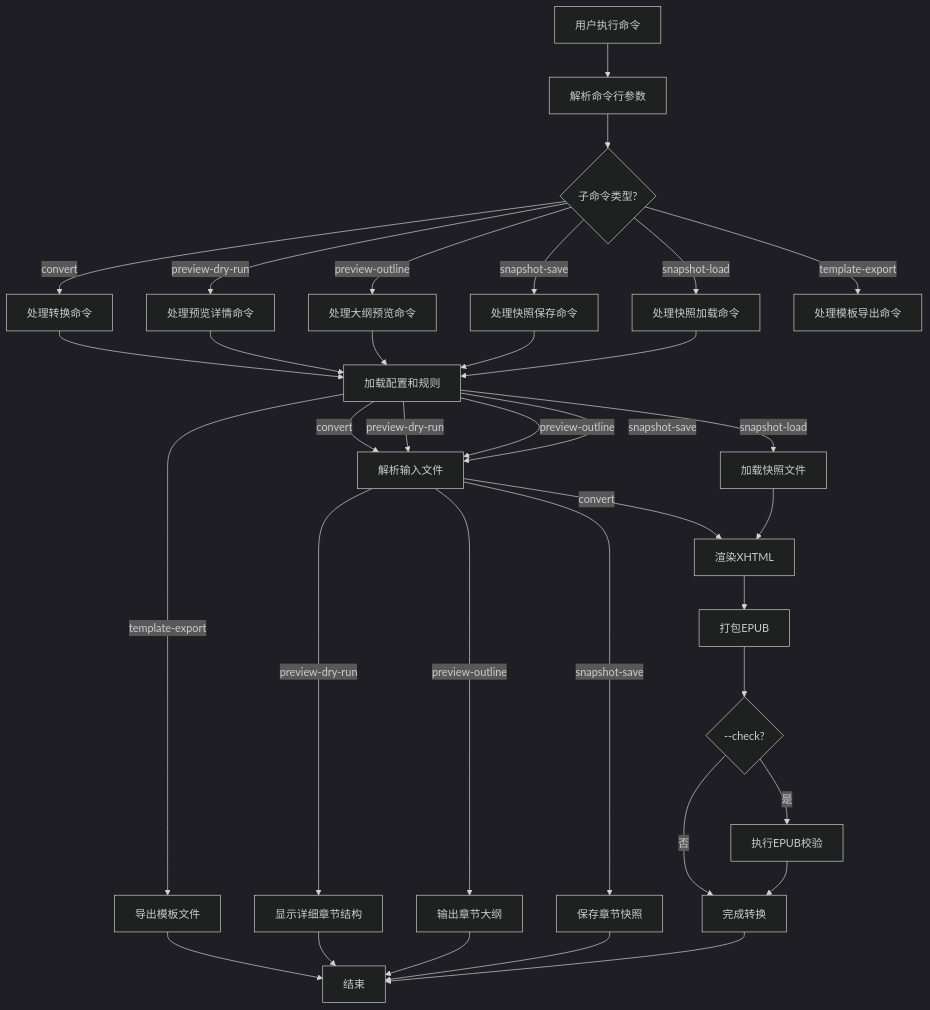
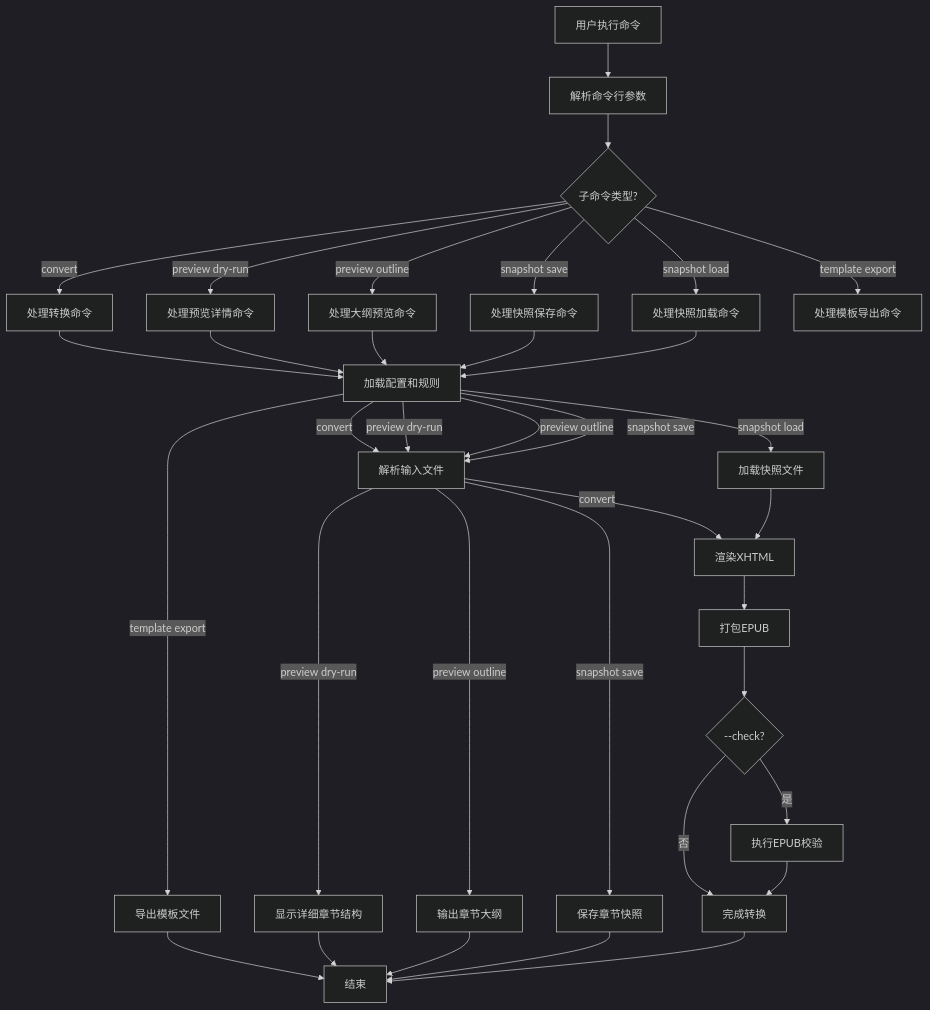
The second of 6 diagrams in docs/data-flow.md (shukang11/epub-smith), drawn with Mermaid (dark theme) before and after one commit. The commit also changed other lines of this file, not shown here.

Commit message:
docs: 修正 data-flow 的 mermaid 图
- 5.1 子命令连字符改空格（preview dry-run 等），与 CLI 实际一致
- 所有判断节点文本加引号（含 ? > 特殊字符），消除 mermaid 渲染中断隐患

````diff
--- a/docs/data-flow.md
+++ b/docs/data-flow.md
@@ -38,43 +38,43 @@
 ```mermaid
 flowchart TD
     A[用户执行命令] --> B[解析命令行参数]
     B --> C{子命令类型?}
     
     C -->|convert| D[处理转换命令]
-    C -->|preview-dry-run| E[处理预览详情命令]
-    C -->|preview-outline| F[处理大纲预览命令]
-    C -->|snapshot-save| G[处理快照保存命令]
-    C -->|snapshot-load| H[处理快照加载命令]
-    C -->|template-export| I[处理模板导出命令]
+    C -->|preview dry-run| E[处理预览详情命令]
+    C -->|preview outline| F[处理大纲预览命令]
+    C -->|snapshot save| G[处理快照保存命令]
+    C -->|snapshot load| H[处理快照加载命令]
+    C -->|template export| I[处理模板导出命令]
     
     D --> J[加载配置和规则]
     E --> J
     F --> J
     G --> J
     H --> J
     
     J -->|convert| K[解析输入文件]
-    J -->|preview-dry-run| K
-    J -->|preview-outline| K
-    J -->|snapshot-save| K
-    J -->|snapshot-load| L[加载快照文件]
-    J -->|template-export| M[导出模板文件]
+    J -->|preview dry-run| K
+    J -->|preview outline| K
+    J -->|snapshot save| K
+    J -->|snapshot load| L[加载快照文件]
+    J -->|template export| M[导出模板文件]
     
     K -->|convert| N[渲染XHTML]
-    K -->|preview-dry-run| O[显示详细章节结构]
-    K -->|preview-outline| P[输出章节大纲]
-    K -->|snapshot-save| Q[保存章节快照]
+    K -->|preview dry-run| O[显示详细章节结构]
+    K -->|preview outline| P[输出章节大纲]
+    K -->|snapshot save| Q[保存章节快照]
     
     N --> R[打包EPUB]
     R --> S{--check?}
     S -->|是| T[执行EPUB校验]
     S -->|否| U[完成转换]
     T --> U
     
     L --> N
     M --> V[结束]
     O --> V
     P --> V
     Q --> V
     U --> V
 ```
````
